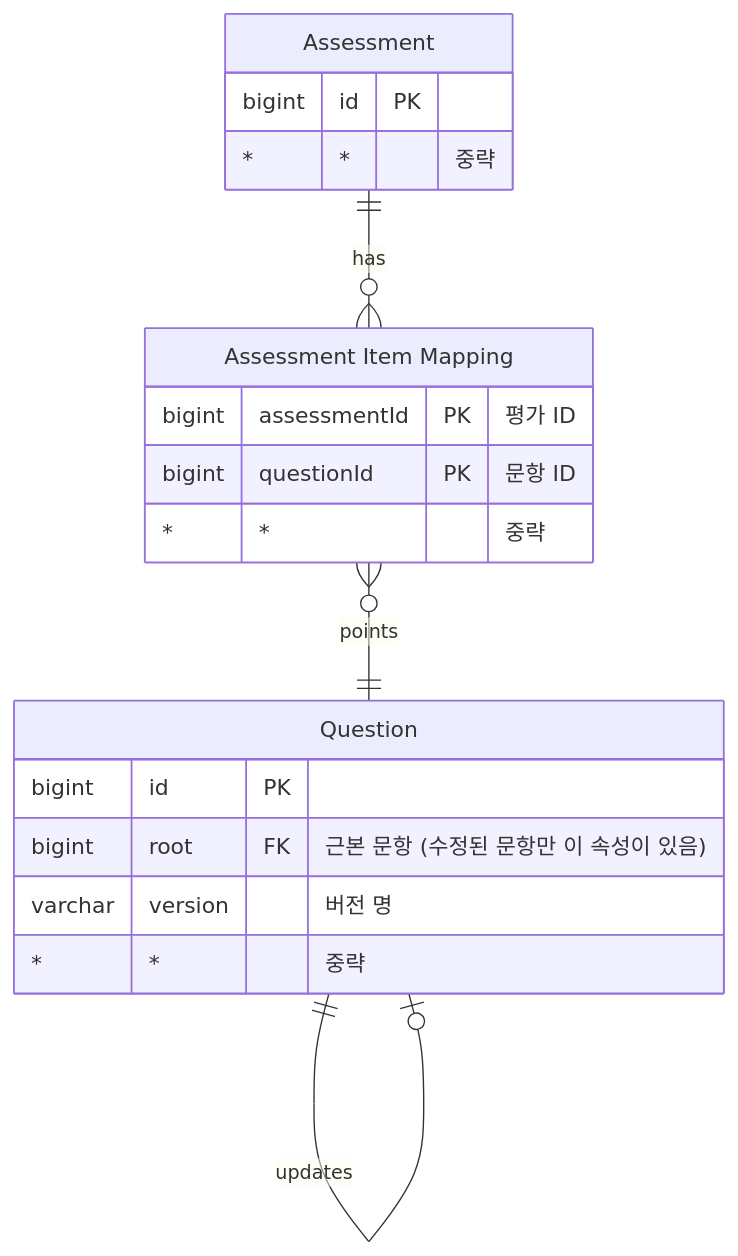
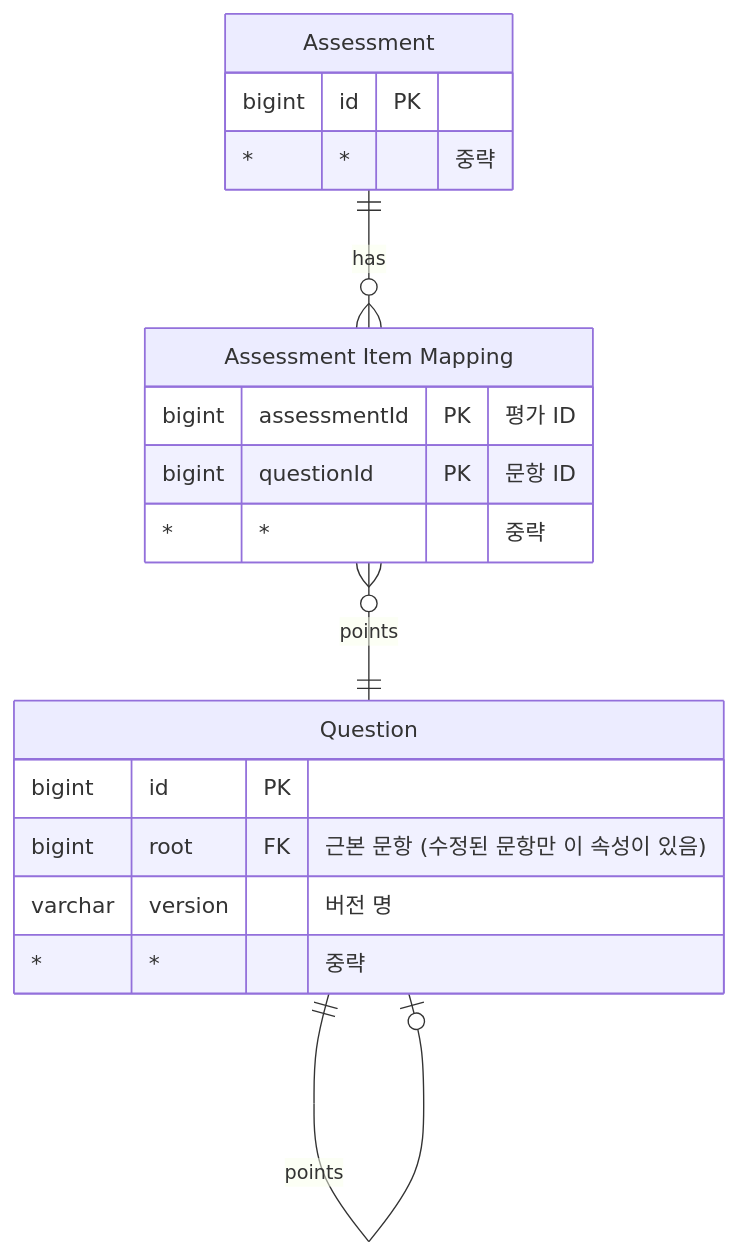
The first of 2 diagrams in docs/회의록/240316.md (SQL-GURU/sql-guru), drawn with Mermaid before and after one commit.

Commit message:
Update 회의록 240316

````diff
--- a/docs/회의록/240316.md
+++ b/docs/회의록/240316.md
@@ -20,27 +20,27 @@
 ```mermaid
 erDiagram
 
   a ||--o{ m : has
 
   a["Assessment"] {
     bigint id PK
     * * "중략"
   }
 
   m }o--|| q : points
 
   m["Assessment Item Mapping"] {
     bigint assessmentId PK "평가 ID"
     bigint questionId PK "문항 ID"
     * * "중략"
   }
 
-  q ||--o| q : updates
+  q ||--o| q : points
 
   q["Question"] {
     bigint id PK
     bigint root FK "근본 문항 (수정된 문항만 이 속성이 있음)"
     varchar version "버전 명"
     * * "중략"
   }
 ```
````
